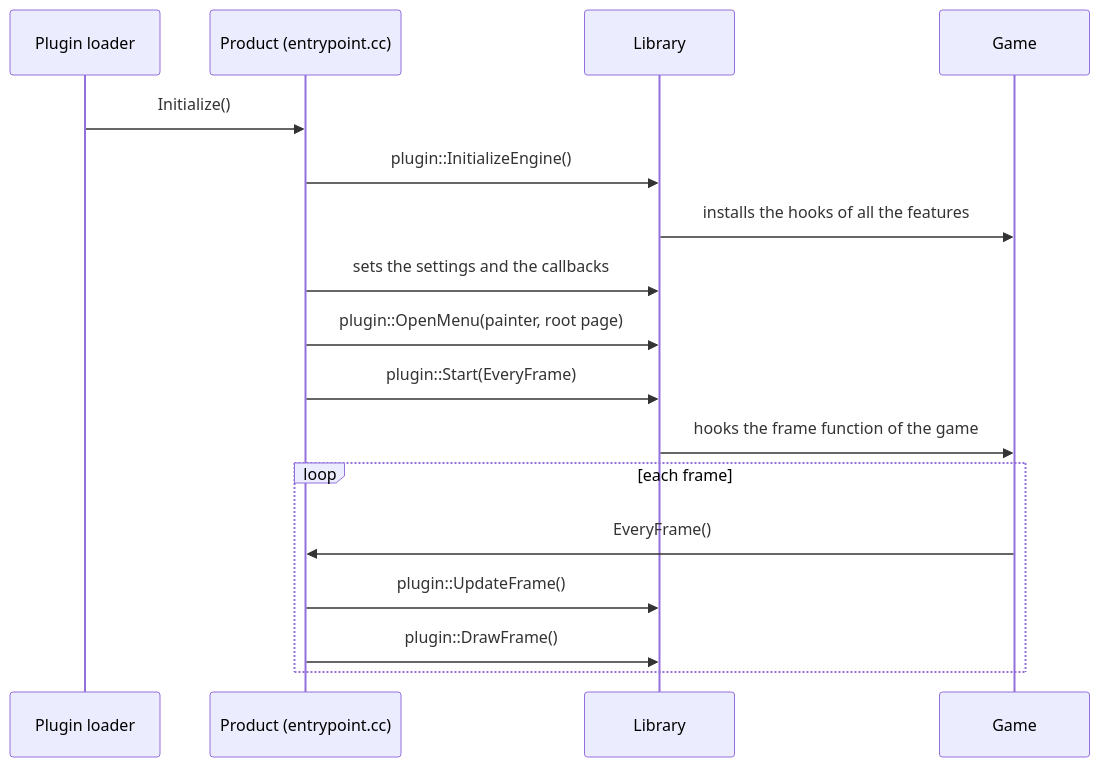
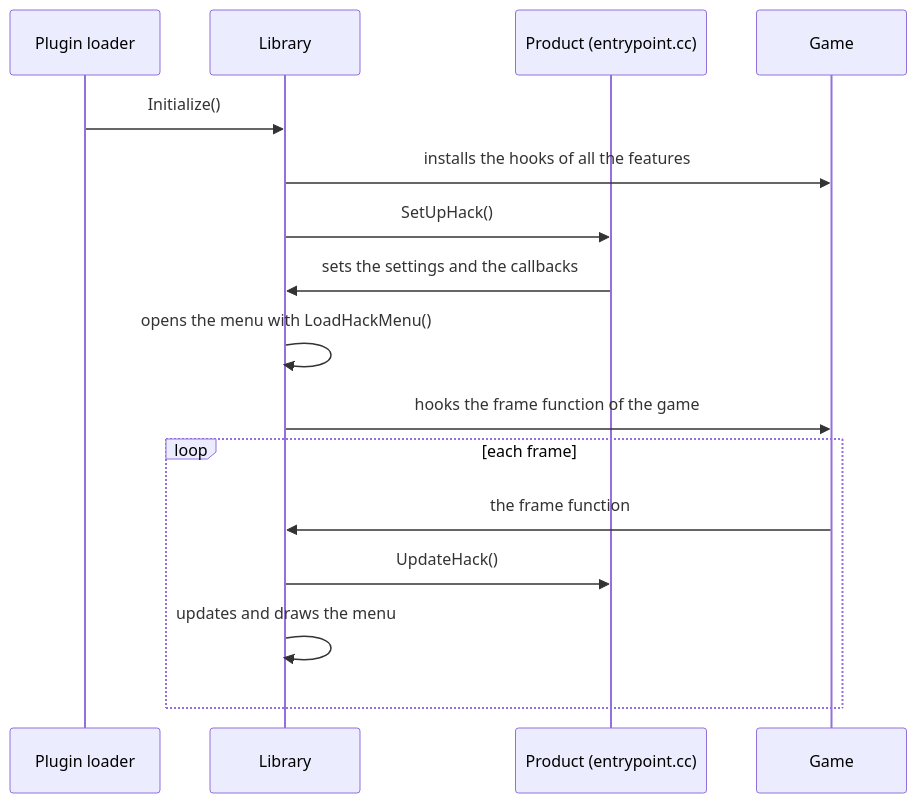
Before and after one commit to David-Darras/sango-plugin: the second of 2 diagrams in docs/concepts/architecture.md, drawn with Mermaid. The commit also changed other lines of this file and 18 other files, not shown here.

````diff
--- a/docs/concepts/architecture.md
+++ b/docs/concepts/architecture.md
@@ -86,19 +91,18 @@
 ```mermaid
 sequenceDiagram
     participant L as Plugin loader
+    participant Lib as Library
     participant P as Product (entrypoint.cc)
-    participant Lib as Library
     participant G as Game
-    L->>P: Initialize()
-    P->>Lib: plugin::InitializeEngine()
+    L->>Lib: Initialize()
     Lib->>G: installs the hooks of all the features
+    Lib->>P: SetUpHack()
     P->>Lib: sets the settings and the callbacks
-    P->>Lib: plugin::OpenMenu(painter, root page)
-    P->>Lib: plugin::Start(EveryFrame)
+    Lib->>Lib: opens the menu with LoadHackMenu()
     Lib->>G: hooks the frame function of the game
     loop each frame
-        G->>P: EveryFrame()
-        P->>Lib: plugin::UpdateFrame()
-        P->>Lib: plugin::DrawFrame()
+        G->>Lib: the frame function
+        Lib->>P: UpdateHack()
+        Lib->>Lib: updates and draws the menu
     end
 ```
````
